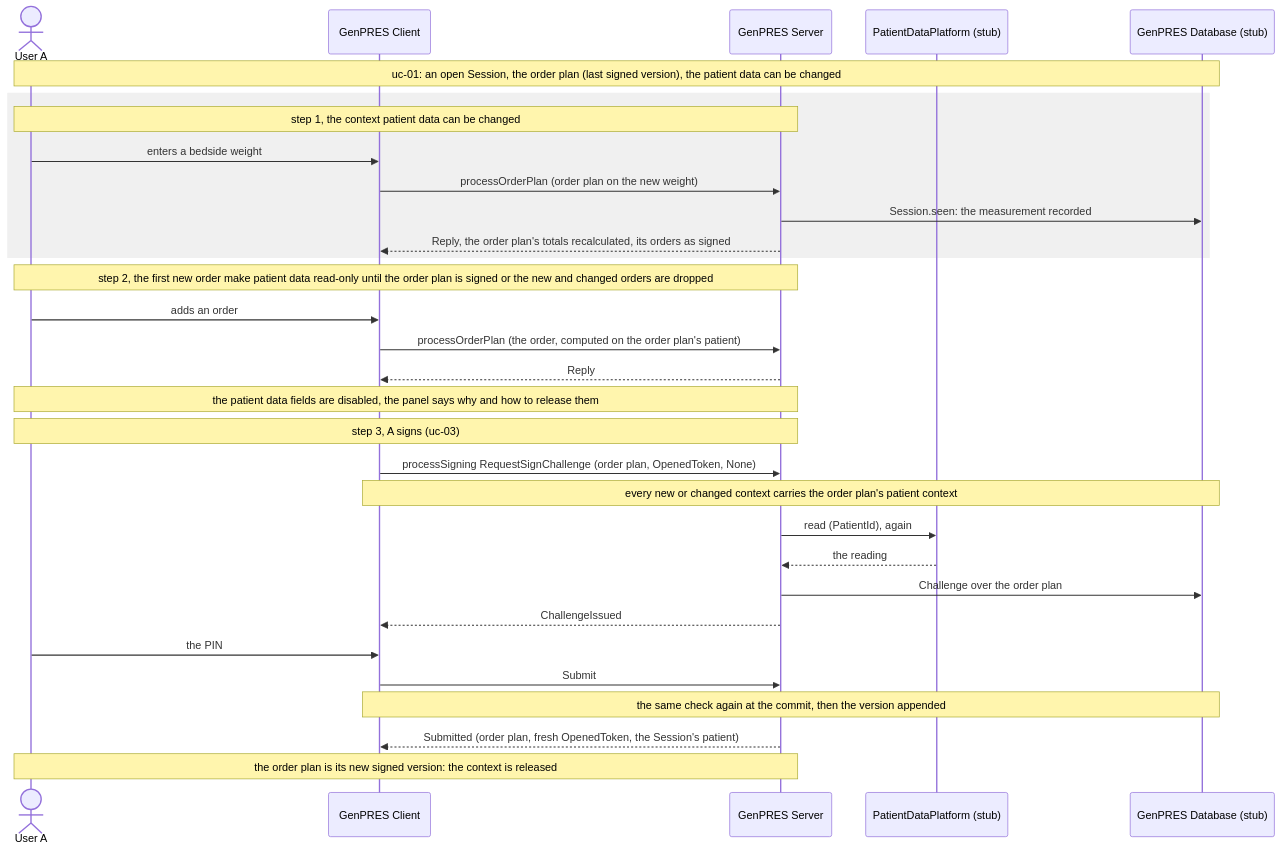
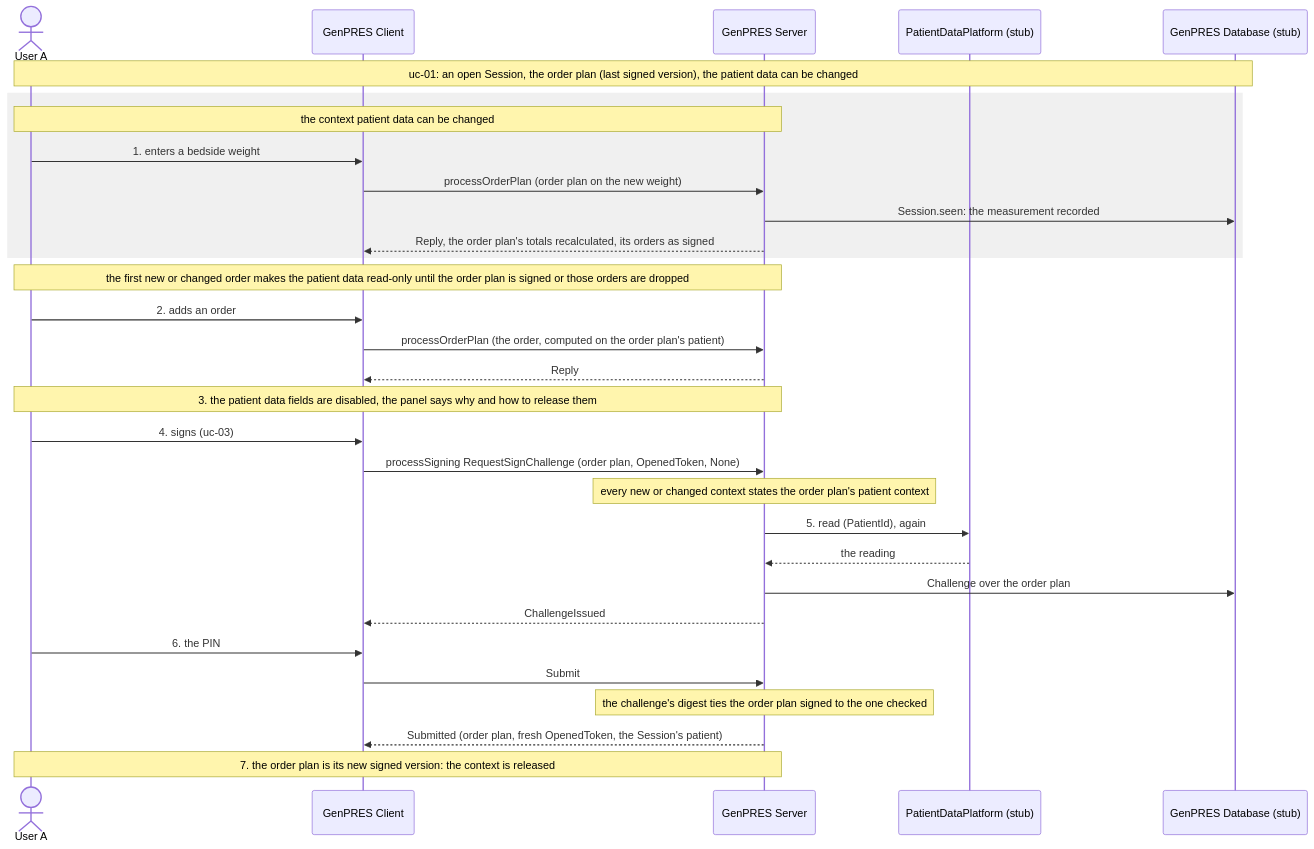
The diagram in docs/scenarios/integration/uc-12-held-patient-context.md (halcwb/GenPRES), drawn with Mermaid before and after one commit. The commit also changed other lines of this file and 1 other file, not shown here.

First line of the commit message:
docs: second review of UC-12 and its implementation plan

````diff
--- a/docs/scenarios/integration/uc-12-held-patient-context.md
+++ b/docs/scenarios/integration/uc-12-held-patient-context.md
@@ -18,37 +19,37 @@
 ```mermaid
 sequenceDiagram
     actor U as User A
     participant C as GenPRES Client
     participant S as GenPRES Server
     participant P as PatientDataPlatform (stub)
     participant D as GenPRES Database (stub)
 
     Note over U,D: uc-01: an open Session, the order plan (last signed version), the patient data can be changed
 
     rect rgba(128,128,128,0.12)
-    Note over U,S: step 1, the context patient data can be changed
-    U->>C: enters a bedside weight
+    Note over U,S: the context patient data can be changed
+    U->>C: 1. enters a bedside weight
     C->>S: processOrderPlan (order plan on the new weight)
     S->>D: Session.seen: the measurement recorded
     S-->>C: Reply, the order plan's totals recalculated, its orders as signed
     end
 
-    Note over U,S: step 2, the first new order make patient data read-only until the order plan is signed or the new and changed orders are dropped
-    U->>C: adds an order
+    Note over U,S: the first new or changed order makes the patient data read-only until the order plan is signed or those orders are dropped
+    U->>C: 2. adds an order
     C->>S: processOrderPlan (the order, computed on the order plan's patient)
     S-->>C: Reply
-    Note over U,S: the patient data fields are disabled, the panel says why and how to release them
+    Note over U,S: 3. the patient data fields are disabled, the panel says why and how to release them
 
-    Note over U,S: step 3, A signs (uc-03)
+    U->>C: 4. signs (uc-03)
     C->>S: processSigning RequestSignChallenge (order plan, OpenedToken, None)
-    Note over C,D: every new or changed context carries the order plan's patient context
-    S->>P: read (PatientId), again
+    Note over S: every new or changed context states the order plan's patient context
+    S->>P: 5. read (PatientId), again
     P-->>S: the reading
     S->>D: Challenge over the order plan
     S-->>C: ChallengeIssued
-    U->>C: the PIN
+    U->>C: 6. the PIN
     C->>S: Submit
-    Note over C,D: the same check again at the commit, then the version appended
+    Note over S: the challenge's digest ties the order plan signed to the one checked
     S-->>C: Submitted (order plan, fresh OpenedToken, the Session's patient)
-    Note over U,S: the order plan is its new signed version: the context is released
+    Note over U,S: 7. the order plan is its new signed version: the context is released
 ```
````
